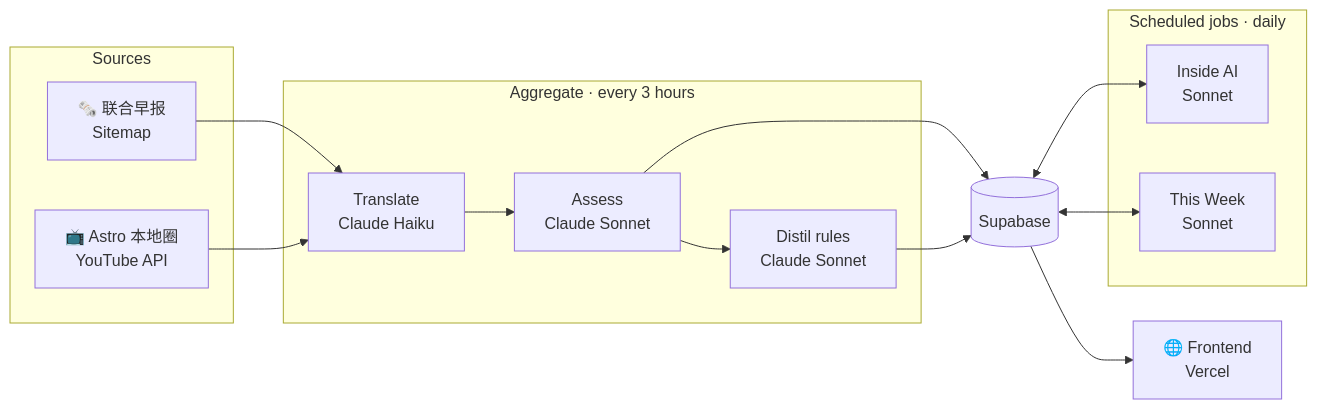
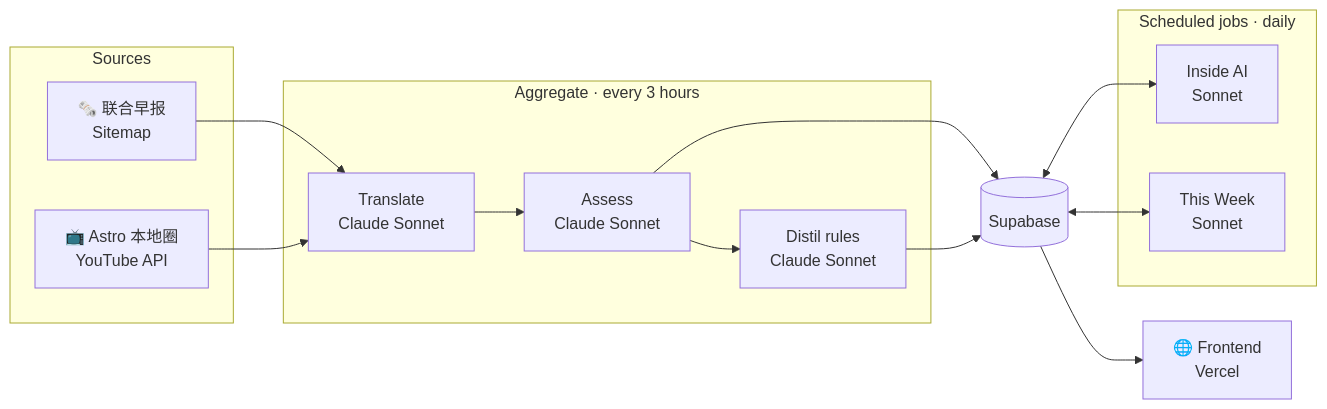
The diagram in README.md (chiaweiwoo/newslingo), drawn with Mermaid before and after one commit. The commit also changed other lines of this file and 1 other file, not shown here.

First line of the commit message:
docs: update README and CLAUDE.md to reflect current state

````diff
--- a/README.md
+++ b/README.md
@@ -40,30 +40,30 @@
 ```mermaid
 flowchart LR
     subgraph src["Sources"]
         ZB["🗞️ 联合早报\nSitemap"]
         YT["📺 Astro 本地圈\nYouTube API"]
     end
 
     subgraph agg["Aggregate · every 3 hours"]
-        TR["Translate\nClaude Haiku"]
+        TR["Translate\nClaude Sonnet"]
         AS["Assess\nClaude Sonnet"]
         DR["Distil rules\nClaude Sonnet"]
         TR --> AS --> DR
     end
 
     DB[("Supabase")]
 
     subgraph scheduled["Scheduled jobs · daily"]
         DG["Inside AI\nSonnet"]
         WS["This Week\nSonnet"]
     end
 
     FE["🌐 Frontend\nVercel"]
 
     ZB & YT --> TR
     AS --> DB
     DR --> DB
     DB <--> DG
     DB <--> WS
     DB --> FE
 ```
````
